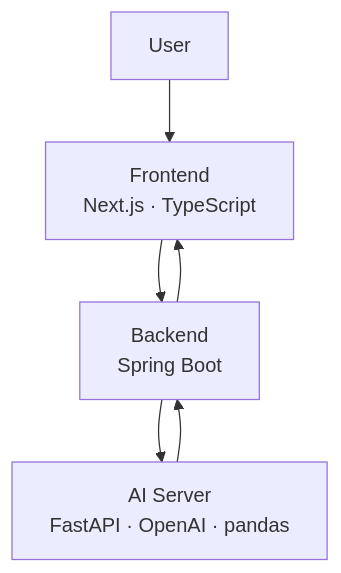
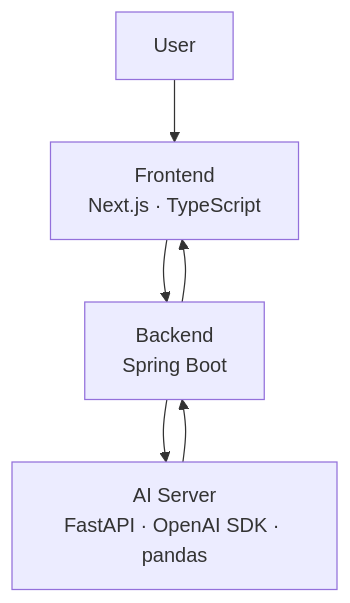
One commit to 26-ewha-capstone-logue/logue changed the fourth of 5 diagrams in docs/elevator_speech.md. Above: the diagram before and after it, drawn with Mermaid. The commit also changed other lines of this file, not shown here.

````diff
--- a/docs/elevator_speech.md
+++ b/docs/elevator_speech.md
@@ -105,8 +129,8 @@
-~~~mermaid
+```mermaid
 flowchart TB
     U[User] --> FE[Frontend<br/>Next.js · TypeScript]
     FE --> BE[Backend<br/>Spring Boot]
-    BE --> AI[AI Server<br/>FastAPI · OpenAI · pandas]
+    BE --> AI[AI Server<br/>FastAPI · OpenAI SDK · pandas]
     AI --> BE
     BE --> FE
-~~~
+```
````
